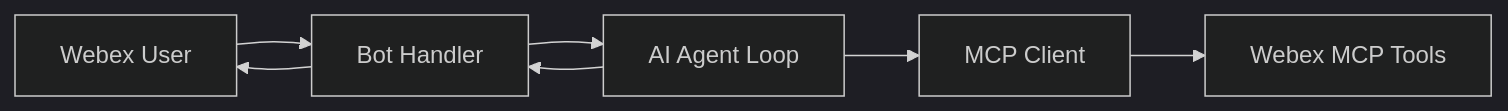
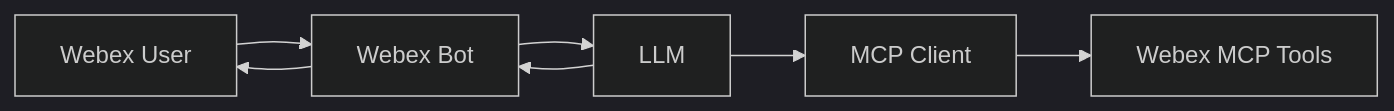
The diagram in docs/lab6_bot-integration.md (WebexCC-SA/LAB-31123), drawn with Mermaid (dark theme) before and after one commit. The commit also changed other lines of this file, not shown here.

````diff
--- a/docs/lab6_bot-integration.md
+++ b/docs/lab6_bot-integration.md
@@ -18,9 +19,9 @@
 ```mermaid
 flowchart LR
-    User[Webex User] --> Bot[Bot Handler]
-    Bot --> Agent[AI Agent Loop]
+    User[Webex User] --> Bot[Webex Bot]
+    Bot --> Agent[LLM]
     Agent --> MCP[MCP Client]
     MCP --> Tools[Webex MCP Tools]
     Agent --> Bot
     Bot --> User
 ```
````
